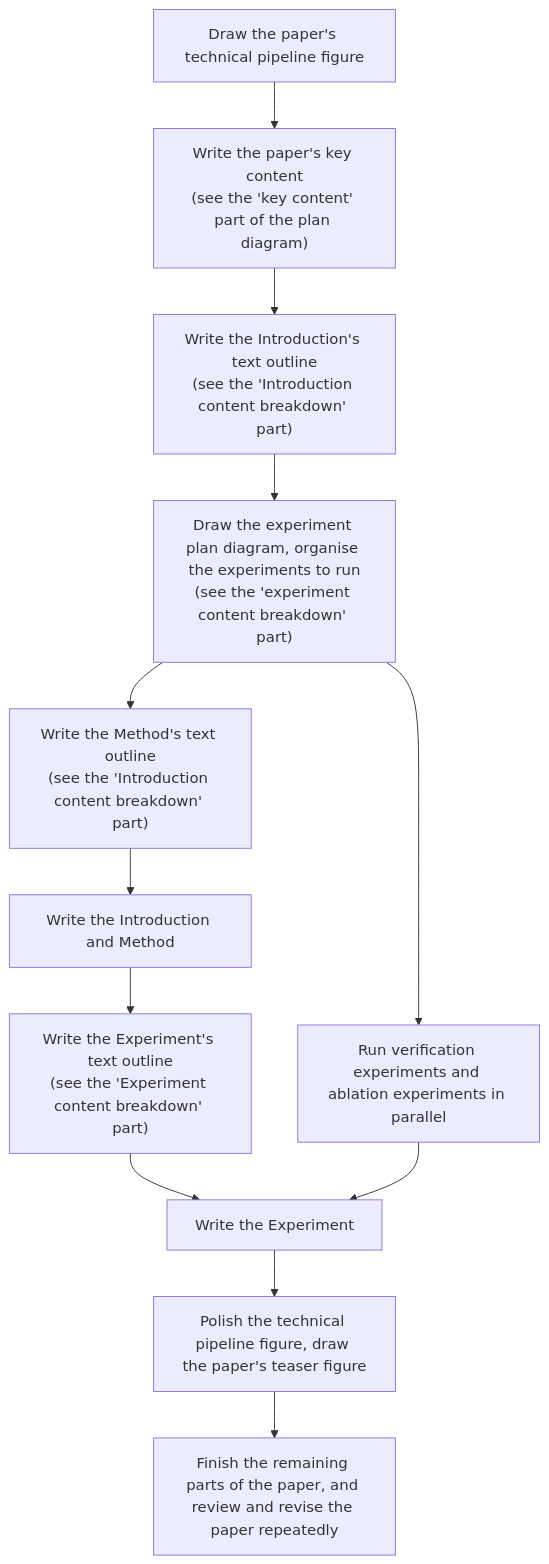
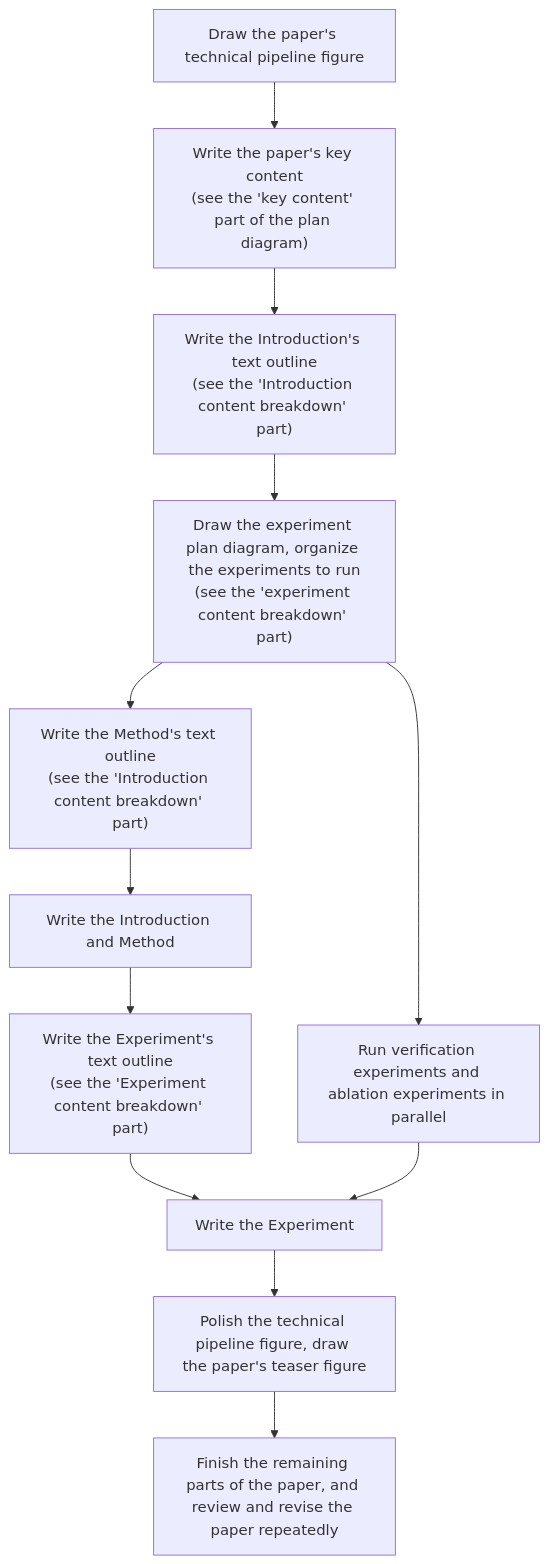
One commit to dipta007/learning-research-en changed the first of 6 diagrams in notion/paper-writing-template/README.md. Above: the diagram before and after it, drawn with Mermaid. The commit also changed other lines of this file and 21 other files, not shown here.

````diff
--- a/notion/paper-writing-template/README.md
+++ b/notion/paper-writing-template/README.md
@@ -26,14 +26,14 @@
 ```mermaid
 flowchart TD
     A[Draw the paper's technical pipeline figure] --> B["Write the paper's key content<br/>(see the 'key content' part of the plan diagram)"]
     B --> C["Write the Introduction's text outline<br/>(see the 'Introduction content breakdown' part)"]
-    C --> D["Draw the experiment plan diagram, organise the experiments to run<br/>(see the 'experiment content breakdown' part)"]
+    C --> D["Draw the experiment plan diagram, organize the experiments to run<br/>(see the 'experiment content breakdown' part)"]
     D --> E["Write the Method's text outline<br/>(see the 'Introduction content breakdown' part)"]
     D --> P[Run verification experiments and ablation experiments in parallel]
     E --> F[Write the Introduction and Method]
     F --> G["Write the Experiment's text outline<br/>(see the 'Experiment content breakdown' part)"]
     G --> H[Write the Experiment]
     P --> H
     H --> I[Polish the technical pipeline figure, draw the paper's teaser figure]
     I --> J[Finish the remaining parts of the paper, and review and revise the paper repeatedly]
 ```
````
